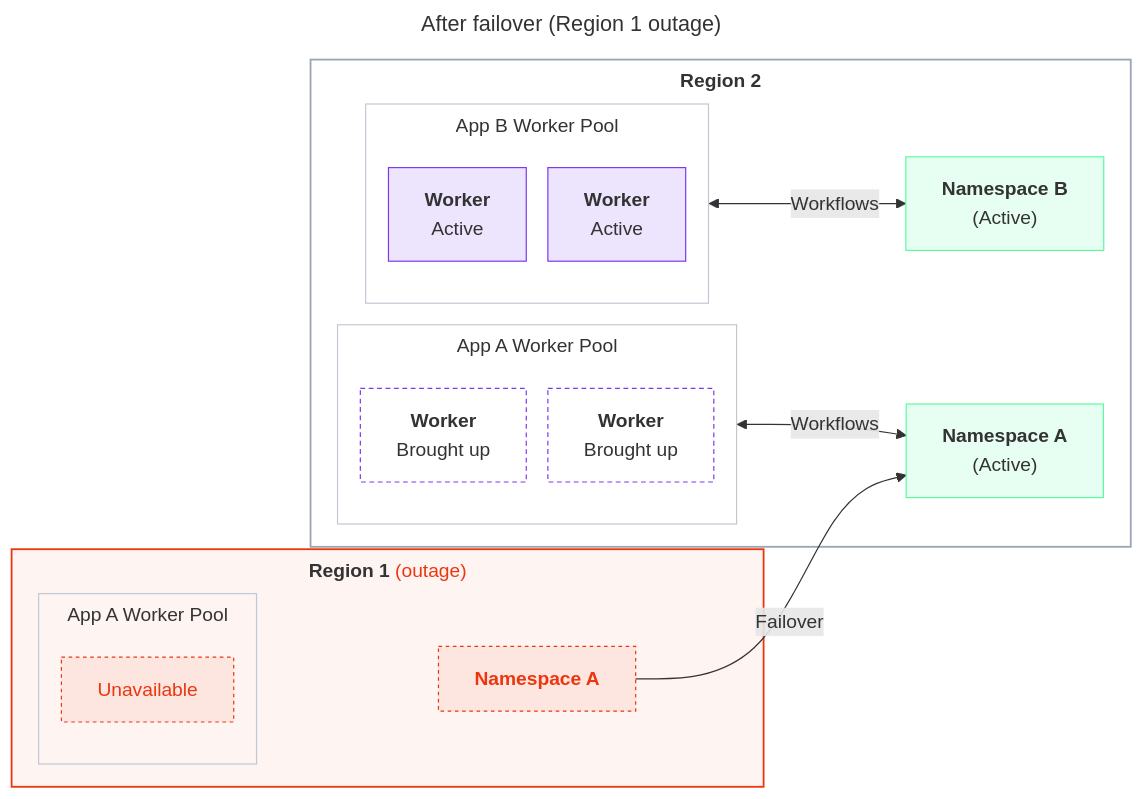
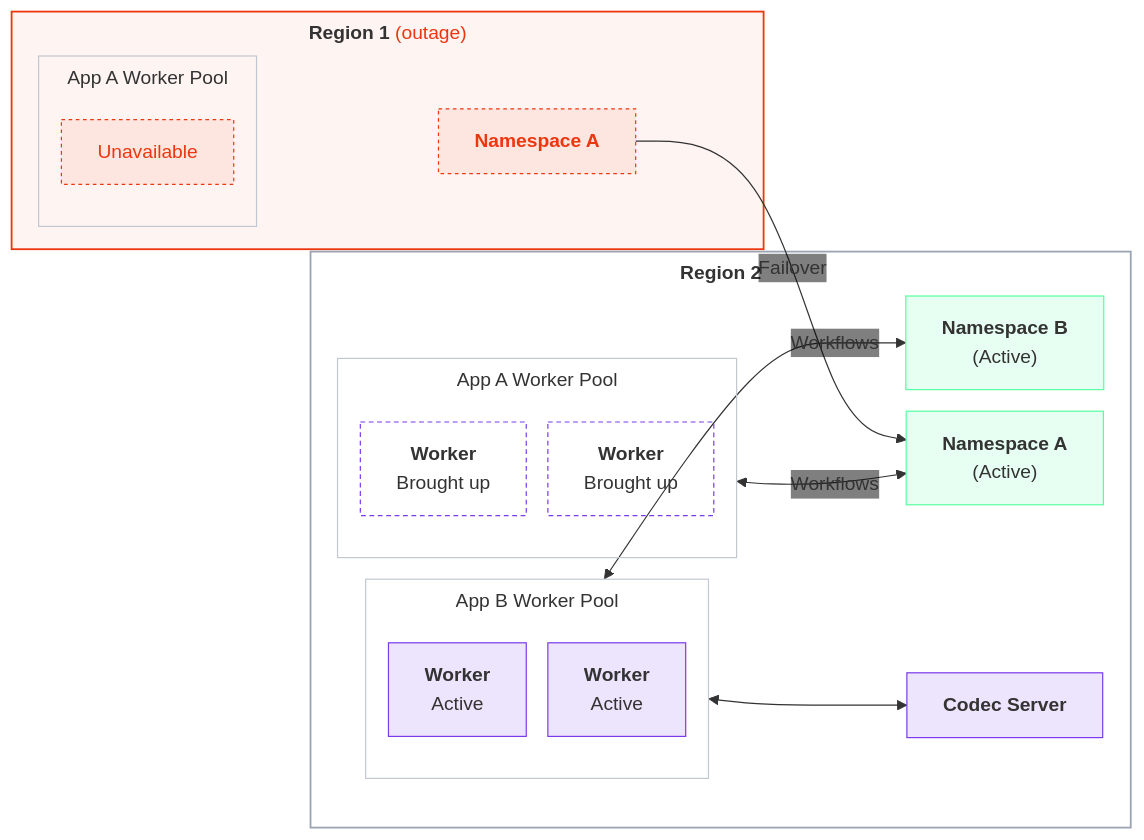
Before and after one commit to temporalio/documentation: diagram 19 of 19 in docs/cloud/high-availability/deployment-patterns.mdx, drawn with Mermaid. The commit also changed other lines of this file, not shown here.

````diff
--- a/docs/cloud/high-availability/deployment-patterns.mdx
+++ b/docs/cloud/high-availability/deployment-patterns.mdx
@@ -644,39 +742,39 @@
 ```mermaid
----
-title: After failover (Region 1 outage)
----
-%%{init: {'themeVariables':{'fontFamily':'Inter, ui-sans-serif, system-ui, sans-serif'},'flowchart':{'nodeSpacing':18,'rankSpacing':45,'curve':'basis','subGraphTitleMargin':{'top':6,'bottom':12}}}}%%
+%%{init: {'themeVariables':{'fontFamily':'Inter, ui-sans-serif, system-ui, sans-serif','edgeLabelBackground':'transparent'},'flowchart':{'nodeSpacing':18,'rankSpacing':45,'curve':'basis','subGraphTitleMargin':{'top':6,'bottom':12}}}}%%
 flowchart LR
     classDef worker fill:#7C3AED22,stroke:#7C3AED,stroke-width:1px;
     classDef workerhollow fill:transparent,stroke:#7C3AED,stroke-width:1px,stroke-dasharray:4 3;
     classDef ns fill:#59FDA024,stroke:#59FDA0,stroke-width:1px;
+    classDef ext fill:#7C3AED22,stroke:#7C3AED,stroke-width:1px;
     classDef down fill:#ED360E14,stroke:#ED360E,stroke-width:1px,stroke-dasharray:3 3,color:#ED360E;
     classDef region fill:transparent,stroke:#9aa4b2,stroke-width:1.5px;
     classDef regiondown fill:#ED360E0D,stroke:#ED360E,stroke-width:1.5px;
     classDef pool fill:transparent,stroke:#c2c8d2,stroke-width:1px;
     subgraph DUFR1["<b>Region 1</b> <span style='color:#ED360E'>(outage)</span>"]
       subgraph DUFWPA["App A Worker Pool"]
         DUFA1["Unavailable"]:::down
       end
       DUFNAa["<b>Namespace A</b>"]:::down
       DUFWPA ~~~ DUFNAa
     end
     subgraph DUFR2["<b>Region 2</b>"]
       subgraph DUFWPB["App B Worker Pool"]
         DUFB1["<b>Worker</b><br/>Active"]:::worker
         DUFB2["<b>Worker</b><br/>Active"]:::worker
       end
       subgraph DUFWPA2["App A Worker Pool"]
         DUFA2a["<b>Worker</b><br/>Brought up"]:::workerhollow
         DUFA2b["<b>Worker</b><br/>Brought up"]:::workerhollow
       end
       DUFNBa["<b>Namespace B</b><br/>(Active)"]:::ns
       DUFNAa2["<b>Namespace A</b><br/>(Active)"]:::ns
+      DUFCODEC["<b>Codec Server</b>"]:::ext
       DUFWPB <-->|Workflows| DUFNBa
       DUFWPA2 <-->|Workflows| DUFNAa2
+      DUFWPB <--> DUFCODEC
     end
     DUFNAa -->|"Failover"| DUFNAa2
     class DUFR1 regiondown
     class DUFR2 region
     class DUFWPA,DUFWPB,DUFWPA2 pool
 ```
````
